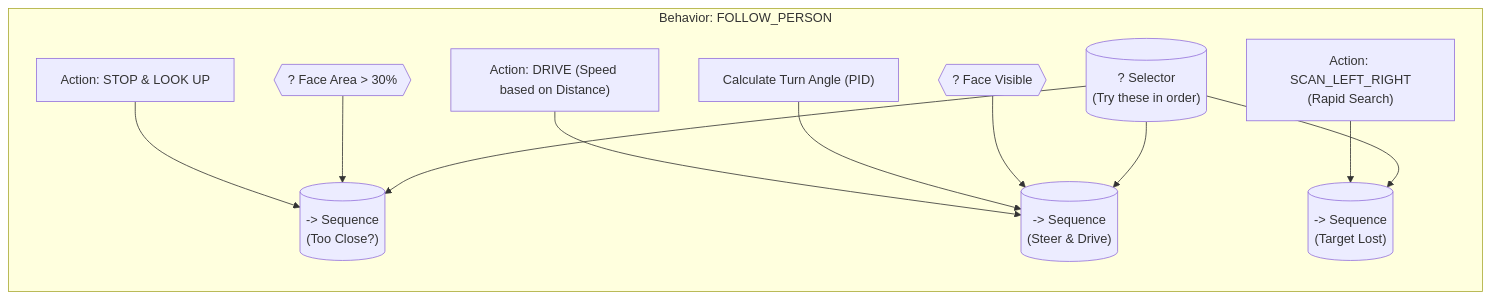
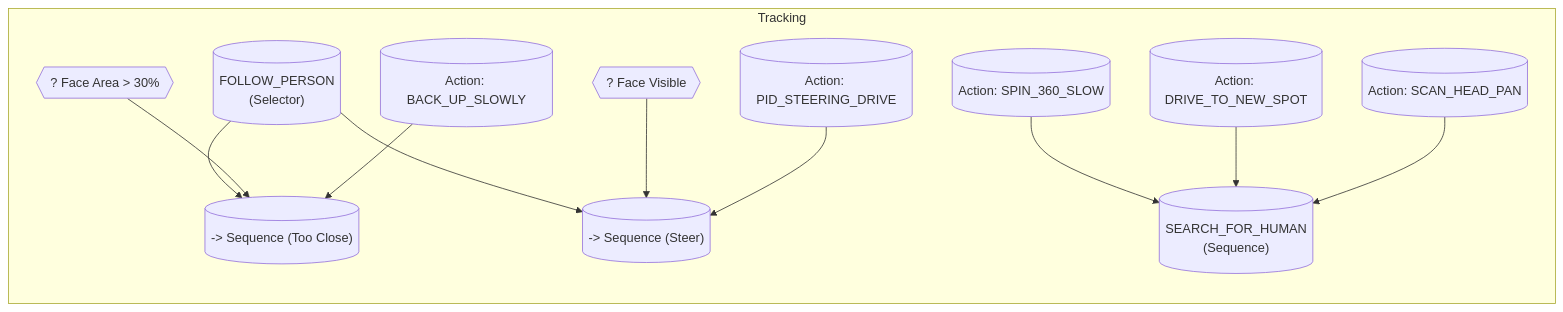
Before and after one commit to SahanjithD/pixi_v2: the fourth of 6 diagrams in docs/leaves.md, drawn with Mermaid. The commit also changed other lines of this file and 50 other files, not shown here.

````diff
--- a/docs/leaves.md
+++ b/docs/leaves.md
@@ -1,26 +72,27 @@
 ```mermaid
 graph TD
-    subgraph FollowLogic [Behavior: FOLLOW_PERSON]
+    subgraph Tracking
         direction TB
-        FollowRoot[("? Selector\n(Try these in order)")]
         
-        %% Branch 1: Too Close (Safety Bubble)
-        TooCloseSeq[("-> Sequence\n(Too Close?)")]
-        FollowRoot --> TooCloseSeq
-        CheckArea1{{"? Face Area > 30%"}} --> TooCloseSeq
-        ActionBack["Action: STOP & LOOK UP"] --> TooCloseSeq
+        %% FOLLOW PERSON (Polite Following)
+        FollowRoot[("FOLLOW_PERSON\n(Selector)")]
         
-        %% Branch 2: Just Right (Steering)
-        SteerSeq[("-> Sequence\n(Steer & Drive)")]
+        %% Too Close
+        BackSeq[("-> Sequence (Too Close)")]
+        FollowRoot --> BackSeq
+        CheckClose{{"? Face Area > 30%"}} --> BackSeq
+        BackAct[("Action: BACK_UP_SLOWLY")] --> BackSeq
+        
+        %% Steer
+        SteerSeq[("-> Sequence (Steer)")]
         FollowRoot --> SteerSeq
-        CheckFace{{"? Face Visible"}} --> SteerSeq
-        CalcPID["Calculate Turn Angle (PID)"] --> SteerSeq
-        ActionTurn["Action: DRIVE (Speed based on Distance)"] --> SteerSeq
-        
-        %% Branch 3: Target Lost (Fallback)
-        LostSeq[("-> Sequence\n(Target Lost)")]
-        FollowRoot --> LostSeq
-        ActionScan["Action: SCAN_LEFT_RIGHT\n(Rapid Search)"] --> LostSeq
+        CheckVis{{"? Face Visible"}} --> SteerSeq
+        PID[("Action: PID_STEERING_DRIVE")] --> SteerSeq
+
+        %% SEARCH (Patrol)
+        SearchRoot[("SEARCH_FOR_HUMAN\n(Sequence)")]
+        Spin[("Action: SPIN_360_SLOW")] --> SearchRoot
+        Move[("Action: DRIVE_TO_NEW_SPOT")] --> SearchRoot
+        Scan[("Action: SCAN_HEAD_PAN")] --> SearchRoot
     end
-
 ```
````
